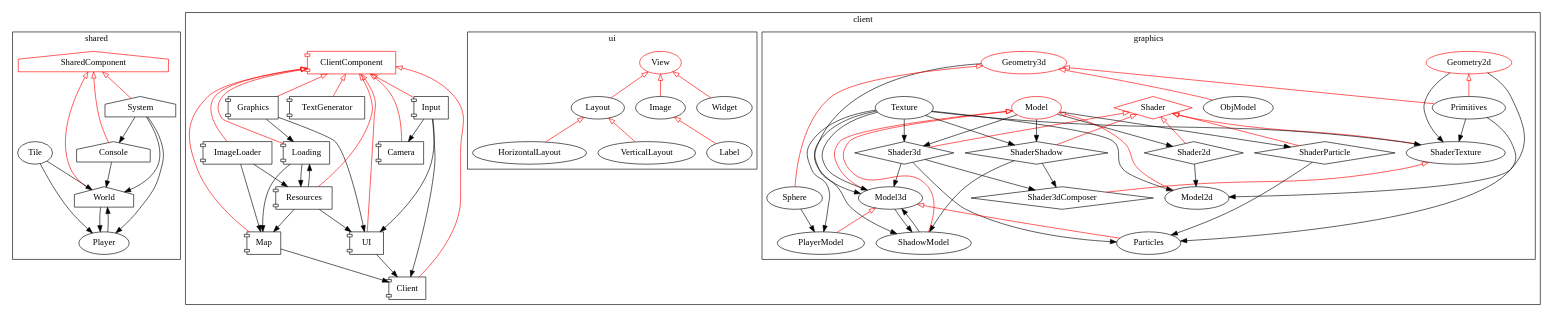
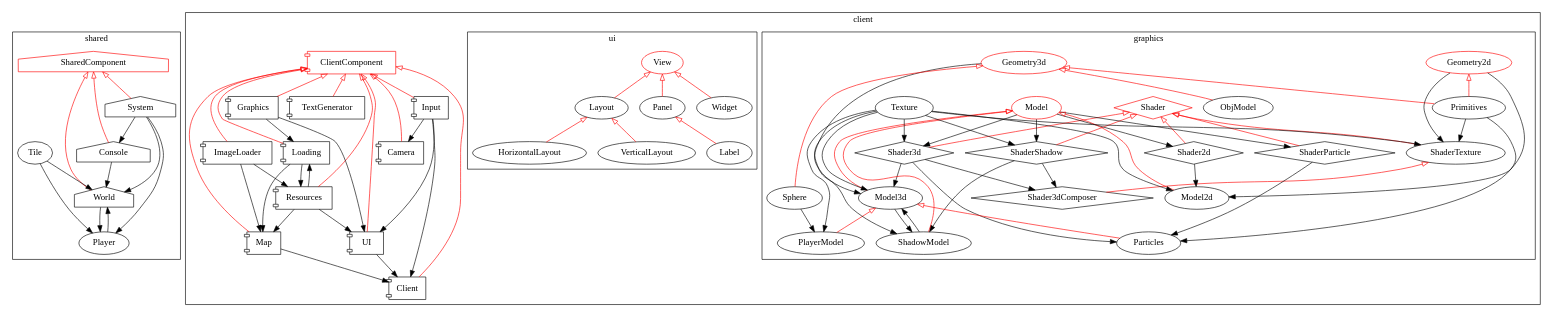
The diagram in graph.dot (AsGreyWolf/Teeworlds3d), drawn with Graphviz before and after one commit. The commit also changed 28 other files, not shown here.

Commit message:
Label -> Panel

```diff
--- a/graph.dot
+++ b/graph.dot
@@ -151,21 +151,21 @@
 			label="ui";
 			View[color=red];
 			Layout;
-			Image;
+			Panel;
 			Label;
 			HorizontalLayout;
 			VerticalLayout;
 			Widget;
 			View->Layout->HorizontalLayout[color=red arrowhead=none arrowtail=empty dir=back];
 			Layout->VerticalLayout[color=red arrowhead=none arrowtail=empty dir=back];
-			View->Image[color=red arrowhead=none arrowtail=empty dir=back];
-			Image->Label[color=red arrowhead=none arrowtail=empty dir=back];
+			View->Panel[color=red arrowhead=none arrowtail=empty dir=back];
+			Panel->Label[color=red arrowhead=none arrowtail=empty dir=back];
 			View->Widget[color=red arrowhead=none arrowtail=empty dir=back];
 		}
 		/*
-		Texture->Image;
-		Model2d->Image;
-		Primitives->Image;
+		Texture->Panel;
+		Model2d->Panel;
+		Primitives->Panel;
 		Texture->Label;
 
 		UI->View;
@@ -173,7 +173,7 @@
 		Graphics->Label;
 
 		Layout->UI;
-		Image->UI;
+		Panel->UI;
 		*/
  	}
  	/*
```
